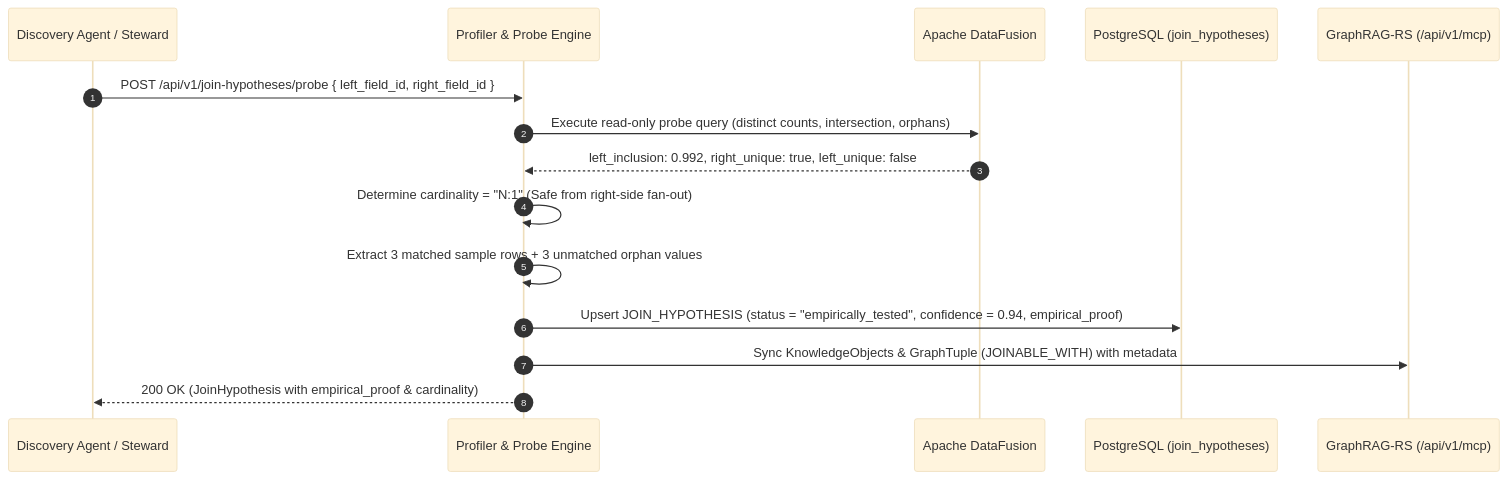
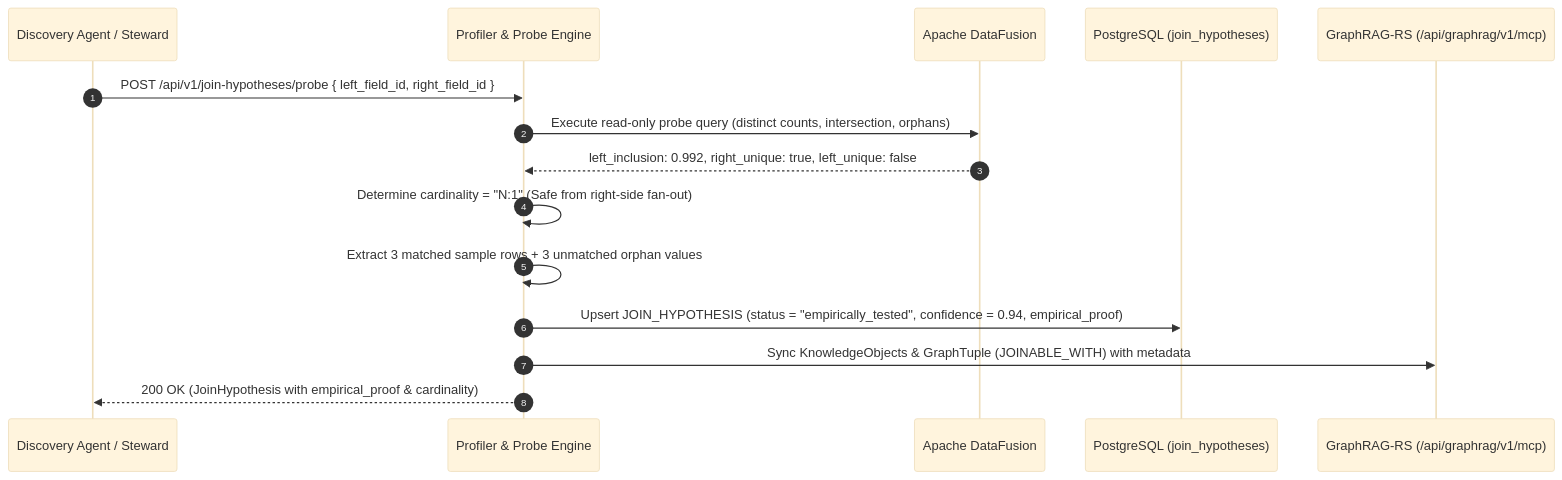
One commit to PolecatWorks/data-engine changed the third of 3 diagrams in spec/prds/data-connectors-profiling-prd.md. Above: the diagram before and after it, drawn with Mermaid (base theme). The commit also changed other lines of this file and 2 other files, not shown here.

Commit message:
docs(prds): align cross-repo MCP endpoint prefixes with canonical service paths

````diff
--- a/spec/prds/data-connectors-profiling-prd.md
+++ b/spec/prds/data-connectors-profiling-prd.md
@@ -154,18 +154,18 @@
 ```mermaid
 sequenceDiagram
     autonumber
     participant Agent as Discovery Agent / Steward
     participant Profiler as Profiler & Probe Engine
     participant DF as Apache DataFusion
     participant DB as PostgreSQL (join_hypotheses)
-    participant GR as GraphRAG-RS (/api/v1/mcp)
+    participant GR as GraphRAG-RS (/api/graphrag/v1/mcp)
 
     Agent->>Profiler: POST /api/v1/join-hypotheses/probe { left_field_id, right_field_id }
     Profiler->>DF: Execute read-only probe query (distinct counts, intersection, orphans)
     DF-->>Profiler: left_inclusion: 0.992, right_unique: true, left_unique: false
     Profiler->>Profiler: Determine cardinality = "N:1" (Safe from right-side fan-out)
     Profiler->>Profiler: Extract 3 matched sample rows + 3 unmatched orphan values
     Profiler->>DB: Upsert JOIN_HYPOTHESIS (status = "empirically_tested", confidence = 0.94, empirical_proof)
     Profiler->>GR: Sync KnowledgeObjects & GraphTuple (JOINABLE_WITH) with metadata
     Profiler-->>Agent: 200 OK (JoinHypothesis with empirical_proof & cardinality)
 ```
````
